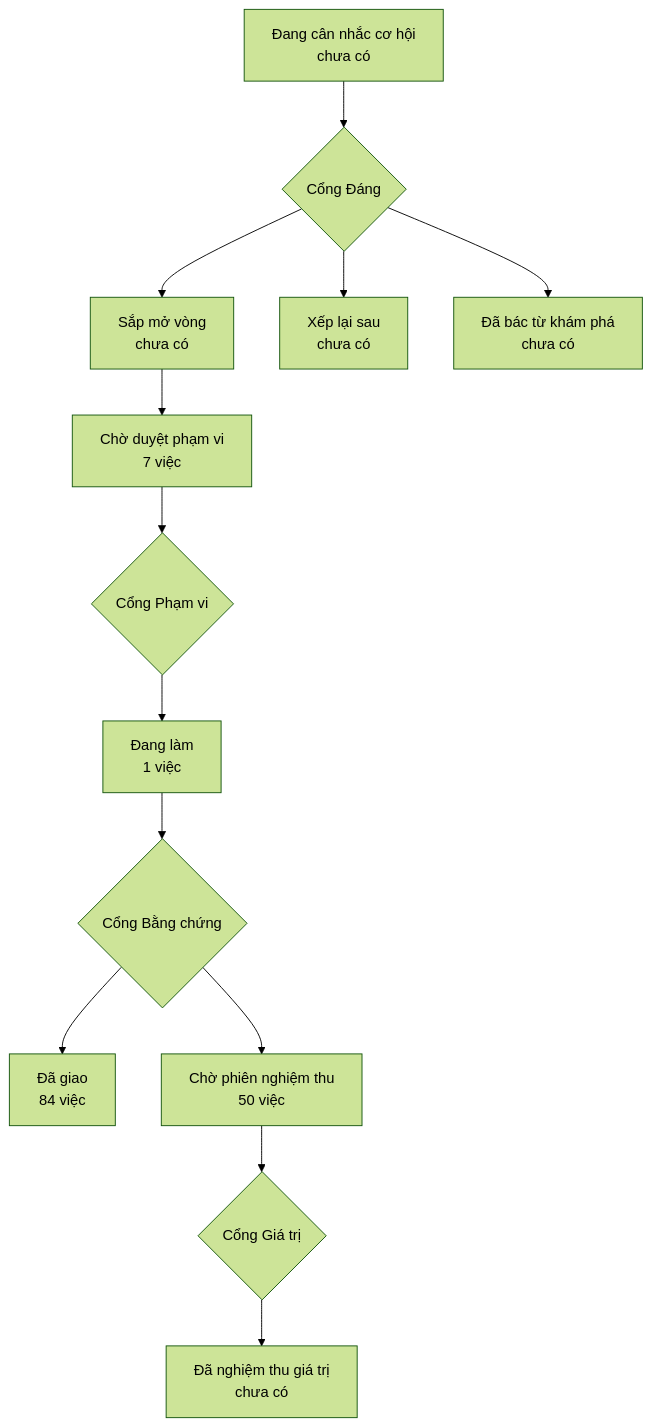
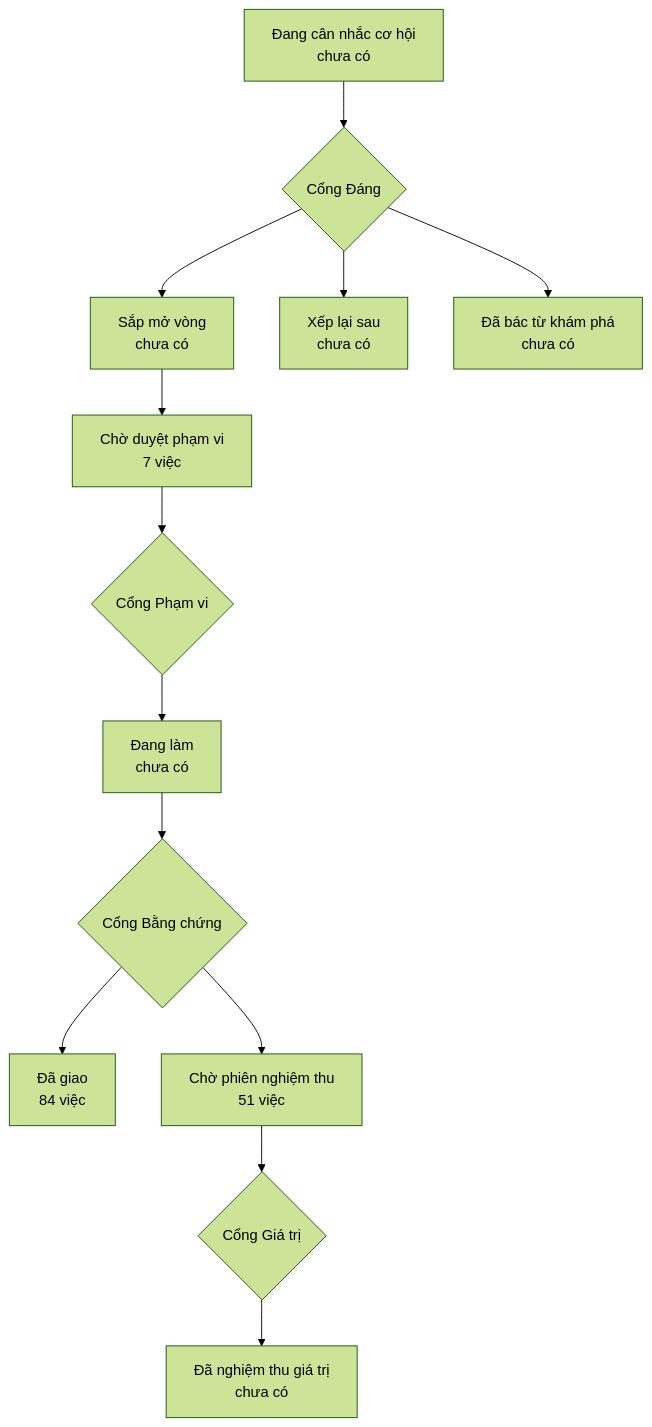
The diagram in PRODUCT-MAP.md (phanlemanh/onehub-invest), drawn with Mermaid (forest theme) before and after one commit. The commit also changed other lines of this file and 4 other files, not shown here.

````diff
--- a/PRODUCT-MAP.md
+++ b/PRODUCT-MAP.md
@@ -7,12 +7,12 @@
 ```mermaid
 flowchart TD
   A["Đang cân nhắc cơ hội<br/>chưa có"] --> GD{"Cổng Đáng"}
   GD --> B["Sắp mở vòng<br/>chưa có"]
   GD --> XL["Xếp lại sau<br/>chưa có"]
   GD --> DB["Đã bác từ khám phá<br/>chưa có"]
   B --> CD["Chờ duyệt phạm vi<br/>7 việc"] --> GP{"Cổng Phạm vi"}
-  GP --> DL["Đang làm<br/>1 việc"] --> GB{"Cổng Bằng chứng"}
+  GP --> DL["Đang làm<br/>chưa có"] --> GB{"Cổng Bằng chứng"}
   GB --> DG["Đã giao<br/>84 việc"]
-  GB --> CN["Chờ phiên nghiệm thu<br/>50 việc"] --> GG{"Cổng Giá trị"}
+  GB --> CN["Chờ phiên nghiệm thu<br/>51 việc"] --> GG{"Cổng Giá trị"}
   GG --> NT["Đã nghiệm thu giá trị<br/>chưa có"]
 ```
````
